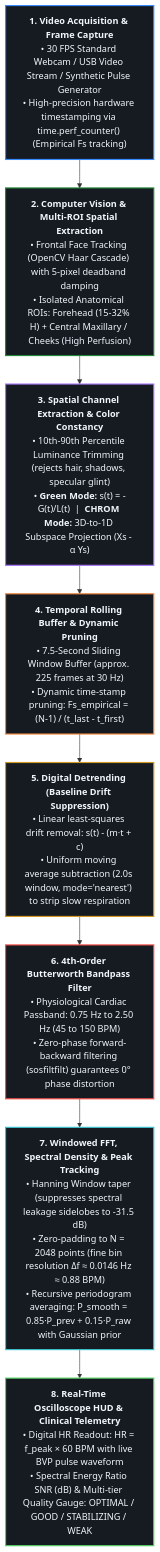
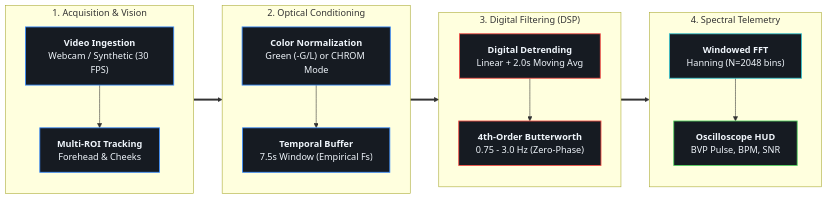
The diagram in README.md (suryasenthilr/rPPG-HeartRate-DSP), drawn with Mermaid before and after one commit. The commit also changed 1 other file, not shown here.

Commit message:
docs: streamline pipeline diagram into clean modular 4-stage flowchart

````diff
--- a/README.md
+++ b/README.md
@@ -36,22 +36,37 @@
 ```mermaid
-graph TD
-    classDef input fill:#161b22,stroke:#388bfd,stroke-width:2px,color:#f0f6fc;
-    classDef cv fill:#161b22,stroke:#238636,stroke-width:2px,color:#f0f6fc;
-    classDef spatial fill:#161b22,stroke:#a371f7,stroke-width:2px,color:#f0f6fc;
-    classDef buffer fill:#161b22,stroke:#f0883e,stroke-width:2px,color:#f0f6fc;
-    classDef detrend fill:#161b22,stroke:#d29922,stroke-width:2px,color:#f0f6fc;
-    classDef filter fill:#161b22,stroke:#f85149,stroke-width:2px,color:#f0f6fc;
-    classDef spectral fill:#161b22,stroke:#39c5cf,stroke-width:2px,color:#f0f6fc;
-    classDef output fill:#161b22,stroke:#56d364,stroke-width:2px,color:#f0f6fc;
+flowchart LR
+    classDef default fill:#161b22,stroke:#388bfd,stroke-width:1.5px,color:#f0f6fc;
+    classDef filter fill:#161b22,stroke:#f85149,stroke-width:1.5px,color:#f0f6fc;
+    classDef spectral fill:#161b22,stroke:#39c5cf,stroke-width:1.5px,color:#f0f6fc;
+    classDef output fill:#161b22,stroke:#56d364,stroke-width:1.5px,color:#f0f6fc;
 
-    S1["<b>1. Video Acquisition & Frame Capture</b><br/>• 30 FPS Standard Webcam / USB Video Stream / Synthetic Pulse Generator<br/>• High-precision hardware timestamping via time.perf_counter() (Empirical Fs tracking)"]:::input
-    S2["<b>2. Computer Vision & Multi-ROI Spatial Extraction</b><br/>• Frontal Face Tracking (OpenCV Haar Cascade) with 5-pixel deadband damping<br/>• Isolated Anatomical ROIs: Forehead (15-32% H) + Central Maxillary / Cheeks (High Perfusion)"]:::cv
-    S3["<b>3. Spatial Channel Extraction & Color Constancy</b><br/>• 10th-90th Percentile Luminance Trimming (rejects hair, shadows, specular glint)<br/>• <b>Green Mode:</b> s(t) = -G(t)/L(t) &nbsp;|&nbsp; <b>CHROM Mode:</b> 3D-to-1D Subspace Projection (Xs - α Ys)"]:::spatial
-    S4["<b>4. Temporal Rolling Buffer & Dynamic Pruning</b><br/>• 7.5-Second Sliding Window Buffer (approx. 225 frames at 30 Hz)<br/>• Dynamic time-stamp pruning: Fs_empirical = (N-1) / (t_last - t_first)"]:::buffer
-    S5["<b>5. Digital Detrending (Baseline Drift Suppression)</b><br/>• Linear least-squares drift removal: s(t) - (m·t + c)<br/>• Uniform moving average subtraction (2.0s window, mode='nearest') to strip slow respiration"]:::detrend
-    S6["<b>6. 4th-Order Butterworth Bandpass Filter</b><br/>• Physiological Cardiac Passband: 0.75 Hz to 2.50 Hz (45 to 150 BPM)<br/>• Zero-phase forward-backward filtering (sosfiltfilt) guarantees 0° phase distortion"]:::filter
-    S7["<b>7. Windowed FFT, Spectral Density & Peak Tracking</b><br/>• Hanning Window taper (suppresses spectral leakage sidelobes to -31.5 dB)<br/>• Zero-padding to N = 2048 points (fine bin resolution Δf ≈ 0.0146 Hz ≈ 0.88 BPM)<br/>• Recursive periodogram averaging: P_smooth = 0.85·P_prev + 0.15·P_raw with Gaussian prior"]:::spectral
-    S8["<b>8. Real-Time Oscilloscope HUD & Clinical Telemetry</b><br/>• Digital HR Readout: HR = f_peak × 60 BPM with live BVP pulse waveform<br/>• Spectral Energy Ratio SNR (dB) & Multi-tier Quality Gauge: OPTIMAL / GOOD / STABILIZING / WEAK"]:::output
+    subgraph S1["1. Acquisition & Vision"]
+        direction TB
+        A1["<b>Video Ingestion</b><br/>Webcam / Synthetic (30 FPS)"]
+        A2["<b>Multi-ROI Tracking</b><br/>Forehead & Cheeks"]
+        A1 --> A2
+    end
 
-    S1 --> S2 --> S3 --> S4 --> S5 --> S6 --> S7 --> S8
+    subgraph S2["2. Optical Conditioning"]
+        direction TB
+        B1["<b>Color Normalization</b><br/>Green (-G/L) or CHROM Mode"]
+        B2["<b>Temporal Buffer</b><br/>7.5s Window (Empirical Fs)"]
+        B1 --> B2
+    end
+
+    subgraph S3["3. Digital Filtering (DSP)"]
+        direction TB
+        C1["<b>Digital Detrending</b><br/>Linear + 2.0s Moving Avg"]:::filter
+        C2["<b>4th-Order Butterworth</b><br/>0.75 - 3.0 Hz (Zero-Phase)"]:::filter
+        C1 --> C2
+    end
+
+    subgraph S4["4. Spectral Telemetry"]
+        direction TB
+        D1["<b>Windowed FFT</b><br/>Hanning (N=2048 bins)"]:::spectral
+        D2["<b>Oscilloscope HUD</b><br/>BVP Pulse, BPM, SNR"]:::output
+        D1 --> D2
+    end
+
+    S1 ==> S2 ==> S3 ==> S4
 ```
````
